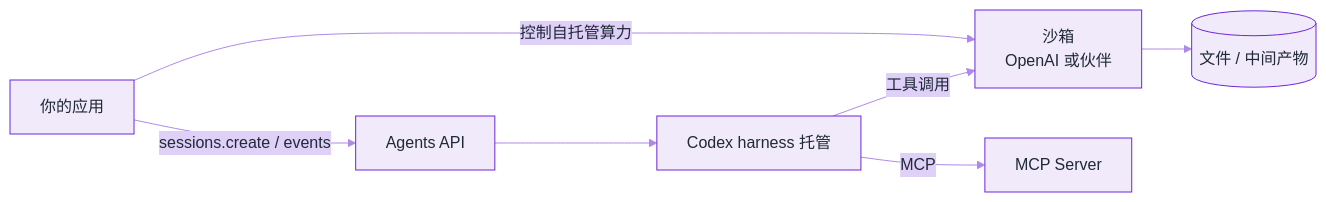
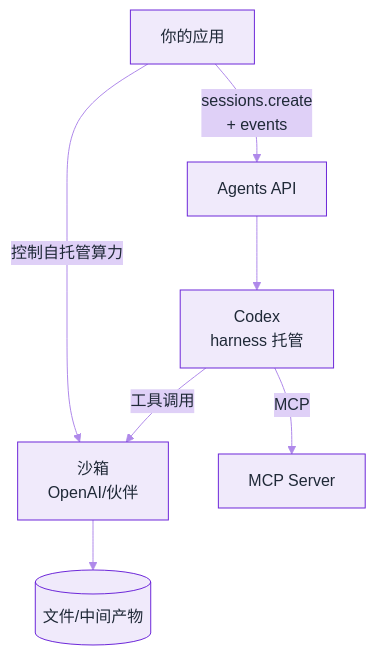
One commit to funny8kids/ai-agent-handbook changed the diagram in docs/18-frontier-2026/openai-agents-api.md. Above: the diagram before and after it, drawn with Mermaid. The commit also changed other lines of this file and 45 other files, not shown here.

First line of the commit message:
Thicken 12 thin pages, clear 25 over-width diagrams, re-proportion 10 thin-ribbon diagrams

````diff
--- a/docs/18-frontier-2026/openai-agents-api.md
+++ b/docs/18-frontier-2026/openai-agents-api.md
@@ -105,10 +105,10 @@
 ```mermaid
 %%{init: {"theme":"base","themeVariables":{"primaryColor":"#F0EAFB","primaryBorderColor":"#6D28D9","primaryTextColor":"#1F2937","secondaryColor":"#DFD0F7","tertiaryColor":"#F9F6FD","lineColor":"#AF89EA","actorBkg":"#F3EEFC","actorBorder":"#6D28D9","actorTextColor":"#1F2937","signalColor":"#9969E4","noteBkgColor":"#E5D8F8","noteBorderColor":"#6D28D9","noteTextColor":"#1F2937","labelBoxBkgColor":"#F0EAFB","labelBoxBorderColor":"#6D28D9"}}}%%
-flowchart LR
-  App[你的应用] -->|sessions.create / events| API[Agents API]
-  API --> H[Codex harness 托管]
-  H -->|工具调用| SB[沙箱<br/>OpenAI 或伙伴]
+flowchart TB
+  App[你的应用] -->|sessions.create<br/>+ events| API[Agents API]
+  API --> H[Codex<br/>harness 托管]
+  H -->|工具调用| SB[沙箱<br/>OpenAI/伙伴]
   H -->|MCP| M[MCP Server]
-  SB --> FS[(文件 / 中间产物)]
+  SB --> FS[(文件/中间产物)]
   App -->|控制自托管算力| SB
 ```
````
